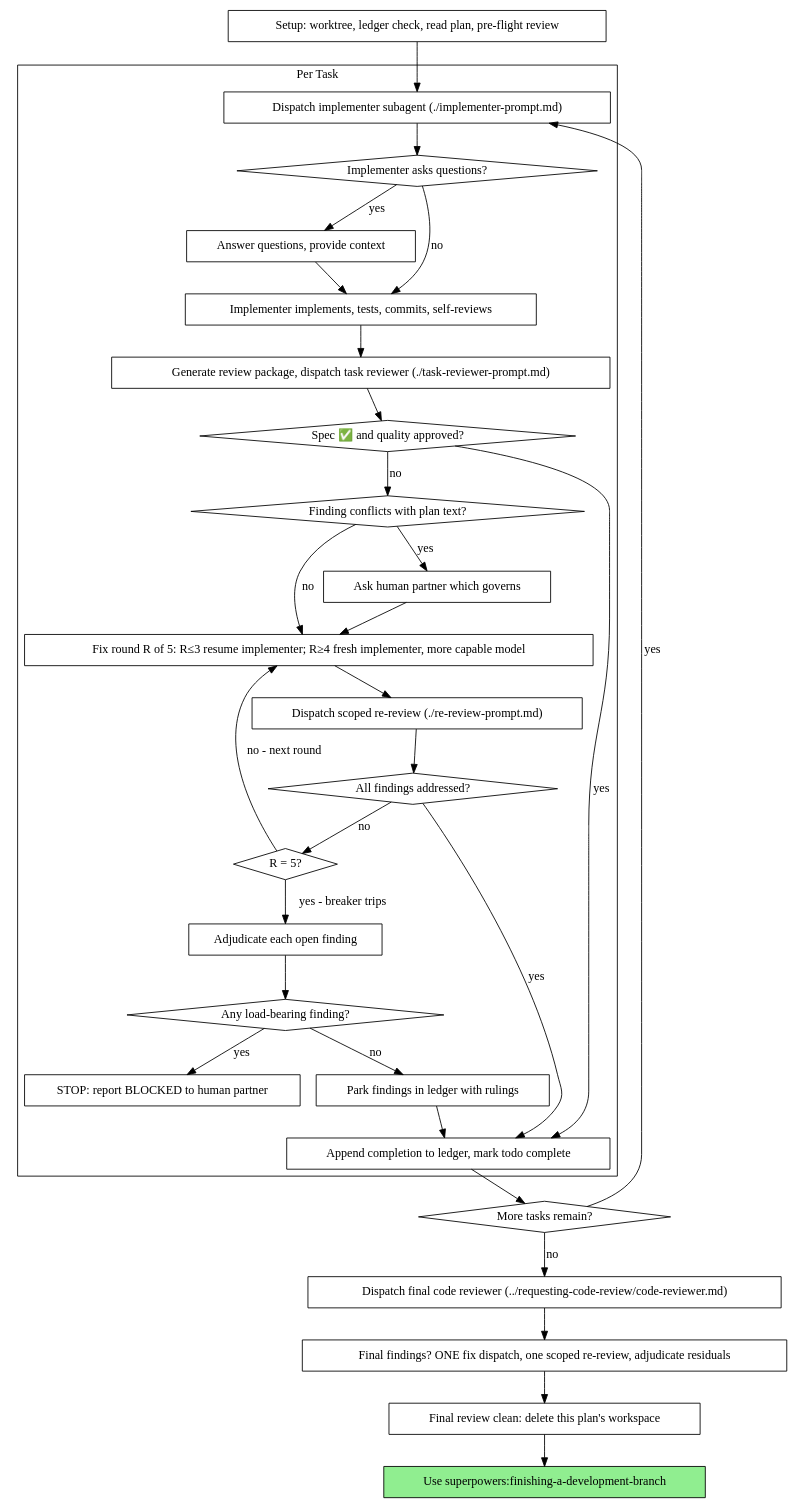
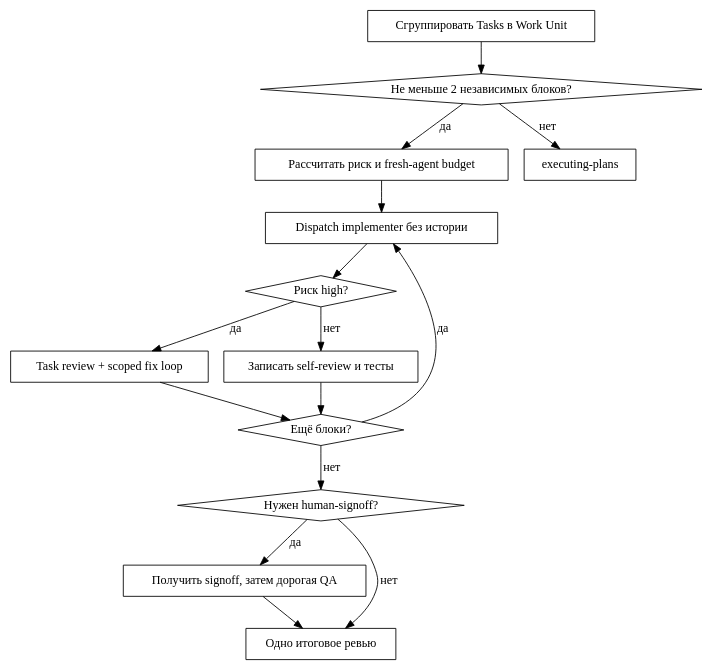
Before and after one commit to veged/dotfiles: the second of 2 diagrams in ai/skills/subagent-driven-development/SKILL.md, drawn with Graphviz. The commit also changed other lines of this file and 4 other files, not shown here.

````diff
--- a/ai/skills/subagent-driven-development/SKILL.md
+++ b/ai/skills/subagent-driven-development/SKILL.md
@@ -47,62 +360,32 @@
 ```dot
-digraph process {
+digraph adaptive_sdd {
     rankdir=TB;
+    "Сгруппировать Tasks в Work Unit" [shape=box];
+    "Не меньше 2 независимых блоков?" [shape=diamond];
+    "Рассчитать риск и fresh-agent budget" [shape=box];
+    "Dispatch implementer без истории" [shape=box];
+    "Риск high?" [shape=diamond];
+    "Task review + scoped fix loop" [shape=box];
+    "Записать self-review и тесты" [shape=box];
+    "Ещё блоки?" [shape=diamond];
+    "Нужен human-signoff?" [shape=diamond];
+    "Получить signoff, затем дорогая QA" [shape=box];
+    "Одно итоговое ревью" [shape=box];
+    "executing-plans" [shape=box];
 
-    subgraph cluster_per_task {
-        label="Per Task";
-        "Dispatch implementer subagent (./implementer-prompt.md)" [shape=box];
-        "Implementer asks questions?" [shape=diamond];
-        "Answer questions, provide context" [shape=box];
-        "Implementer implements, tests, commits, self-reviews" [shape=box];
-        "Generate review package, dispatch task reviewer (./task-reviewer-prompt.md)" [shape=box];
-        "Spec ✅ and quality approved?" [shape=diamond];
-        "Finding conflicts with plan text?" [shape=diamond];
-        "Ask human partner which governs" [shape=box];
-        "Fix round R of 5: R≤3 resume implementer; R≥4 fresh implementer, more capable model" [shape=box];
-        "Dispatch scoped re-review (./re-review-prompt.md)" [shape=box];
-        "All findings addressed?" [shape=diamond];
-        "R = 5?" [shape=diamond];
-        "Adjudicate each open finding" [shape=box];
-        "Any load-bearing finding?" [shape=diamond];
-        "STOP: report BLOCKED to human partner" [shape=box];
-        "Park findings in ledger with rulings" [shape=box];
-        "Append completion to ledger, mark todo complete" [shape=box];
-    }
-
-    "Setup: worktree, ledger check, read plan, pre-flight review" [shape=box];
-    "More tasks remain?" [shape=diamond];
-    "Dispatch final code reviewer (../requesting-code-review/code-reviewer.md)" [shape=box];
-    "Final findings? ONE fix dispatch, one scoped re-review, adjudicate residuals" [shape=box];
-    "Final review clean: delete this plan's workspace" [shape=box];
-    "Use superpowers:finishing-a-development-branch" [shape=box style=filled fillcolor=lightgreen];
-
-    "Setup: worktree, ledger check, read plan, pre-flight review" -> "Dispatch implementer subagent (./implementer-prompt.md)";
-    "Dispatch implementer subagent (./implementer-prompt.md)" -> "Implementer asks questions?";
-    "Implementer asks questions?" -> "Answer questions, provide context" [label="yes"];
-    "Answer questions, provide context" -> "Implementer implements, tests, commits, self-reviews";
-    "Implementer asks questions?" -> "Implementer implements, tests, commits, self-reviews" [label="no"];
-    "Implementer implements, tests, commits, self-reviews" -> "Generate review package, dispatch task reviewer (./task-reviewer-prompt.md)";
-    "Generate review package, dispatch task reviewer (./task-reviewer-prompt.md)" -> "Spec ✅ and quality approved?";
-    "Spec ✅ and quality approved?" -> "Append completion to ledger, mark todo complete" [label="yes"];
-    "Spec ✅ and quality approved?" -> "Finding conflicts with plan text?" [label="no"];
-    "Finding conflicts with plan text?" -> "Ask human partner which governs" [label="yes"];
-    "Ask human partner which governs" -> "Fix round R of 5: R≤3 resume implementer; R≥4 fresh implementer, more capable model";
-    "Finding conflicts with plan text?" -> "Fix round R of 5: R≤3 resume implementer; R≥4 fresh implementer, more capable model" [label="no"];
-    "Fix round R of 5: R≤3 resume implementer; R≥4 fresh implementer, more capable model" -> "Dispatch scoped re-review (./re-review-prompt.md)";
-    "Dispatch scoped re-review (./re-review-prompt.md)" -> "All findings addressed?";
-    "All findings addressed?" -> "Append completion to ledger, mark todo complete" [label="yes"];
-    "All findings addressed?" -> "R = 5?" [label="no"];
-    "R = 5?" -> "Fix round R of 5: R≤3 resume implementer; R≥4 fresh implementer, more capable model" [label="no - next round"];
-    "R = 5?" -> "Adjudicate each open finding" [label="yes - breaker trips"];
-    "Adjudicate each open finding" -> "Any load-bearing finding?";
-    "Any load-bearing finding?" -> "STOP: report BLOCKED to human partner" [label="yes"];
-    "Any load-bearing finding?" -> "Park findings in ledger with rulings" [label="no"];
-    "Park findings in ledger with rulings" -> "Append completion to ledger, mark todo complete";
-    "Append completion to ledger, mark todo complete" -> "More tasks remain?";
-    "More tasks remain?" -> "Dispatch implementer subagent (./implementer-prompt.md)" [label="yes"];
-    "More tasks remain?" -> "Dispatch final code reviewer (../requesting-code-review/code-reviewer.md)" [label="no"];
-    "Dispatch final code reviewer (../requesting-code-review/code-reviewer.md)" -> "Final findings? ONE fix dispatch, one scoped re-review, adjudicate residuals";
-    "Final findings? ONE fix dispatch, one scoped re-review, adjudicate residuals" -> "Final review clean: delete this plan's workspace";
-    "Final review clean: delete this plan's workspace" -> "Use superpowers:finishing-a-development-branch";
+    "Сгруппировать Tasks в Work Unit" -> "Не меньше 2 независимых блоков?";
+    "Не меньше 2 независимых блоков?" -> "Рассчитать риск и fresh-agent budget" [label="да"];
+    "Не меньше 2 независимых блоков?" -> "executing-plans" [label="нет"];
+    "Рассчитать риск и fresh-agent budget" -> "Dispatch implementer без истории";
+    "Dispatch implementer без истории" -> "Риск high?";
+    "Риск high?" -> "Task review + scoped fix loop" [label="да"];
+    "Риск high?" -> "Записать self-review и тесты" [label="нет"];
+    "Task review + scoped fix loop" -> "Ещё блоки?";
+    "Записать self-review и тесты" -> "Ещё блоки?";
+    "Ещё блоки?" -> "Dispatch implementer без истории" [label="да"];
+    "Ещё блоки?" -> "Нужен human-signoff?" [label="нет"];
+    "Нужен human-signoff?" -> "Получить signoff, затем дорогая QA" [label="да"];
+    "Нужен human-signoff?" -> "Одно итоговое ревью" [label="нет"];
+    "Получить signoff, затем дорогая QA" -> "Одно итоговое ревью";
 }
 ```
````
